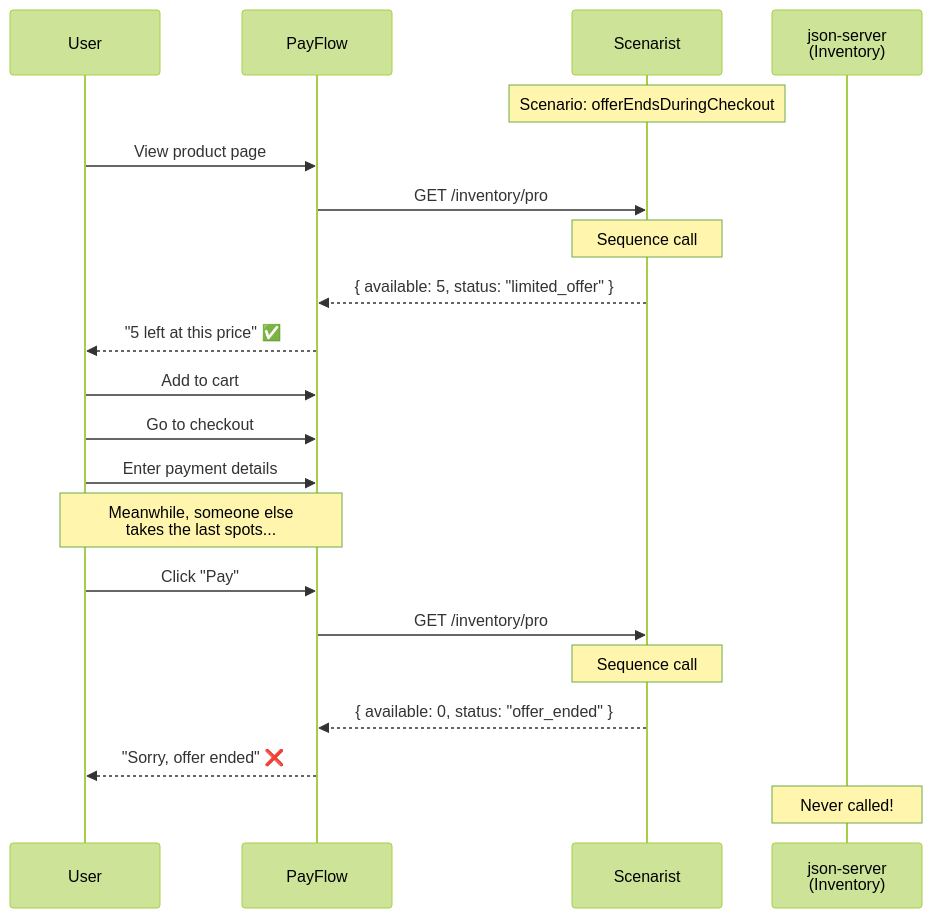
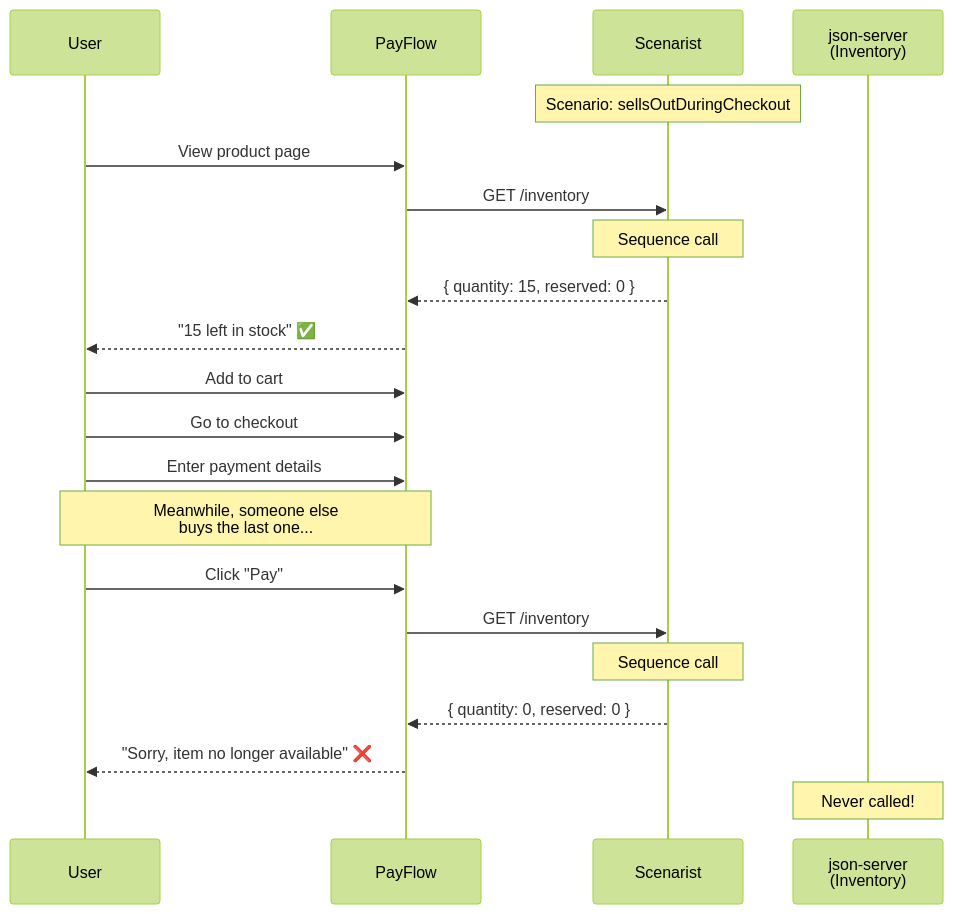
The diagram in docs/promotional-campaign/visual-aids/06-sequence-sold-out.md (citypaul/scenarist), drawn with Mermaid (forest theme) before and after one commit. The commit also changed other lines of this file and 11 other files, not shown here.

````diff
--- a/docs/promotional-campaign/visual-aids/06-sequence-sold-out.md
+++ b/docs/promotional-campaign/visual-aids/06-sequence-sold-out.md
@@ -15,29 +15,29 @@
 ```mermaid
 sequenceDiagram
     participant User
     participant App as PayFlow
     participant Scen as Scenarist
     participant Inv as json-server<br/>(Inventory)
 
-    Note over Scen: Scenario: offerEndsDuringCheckout
+    Note over Scen: Scenario: sellsOutDuringCheckout
 
     User->>App: View product page
-    App->>Scen: GET /inventory/pro
+    App->>Scen: GET /inventory
     Note over Scen: Sequence call #1
-    Scen-->>App: { available: 5, status: "limited_offer" }
-    App-->>User: "5 left at this price" ✅
+    Scen-->>App: { quantity: 15, reserved: 0 }
+    App-->>User: "15 left in stock" ✅
 
     User->>App: Add to cart
     User->>App: Go to checkout
     User->>App: Enter payment details
 
-    Note over User,App: Meanwhile, someone else<br/>takes the last spots...
+    Note over User,App: Meanwhile, someone else<br/>buys the last one...
 
     User->>App: Click "Pay"
-    App->>Scen: GET /inventory/pro
+    App->>Scen: GET /inventory
     Note over Scen: Sequence call #2
-    Scen-->>App: { available: 0, status: "offer_ended" }
-    App-->>User: "Sorry, offer ended" ❌
+    Scen-->>App: { quantity: 0, reserved: 0 }
+    App-->>User: "Sorry, item no longer available" ❌
 
     Note over Inv: Never called!
 ```
````
